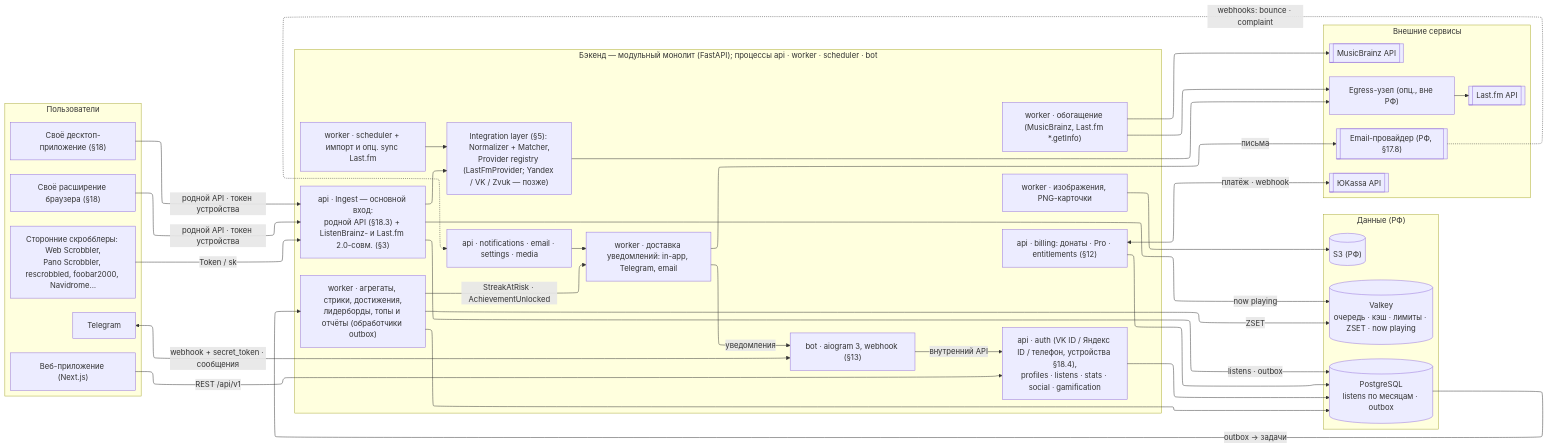
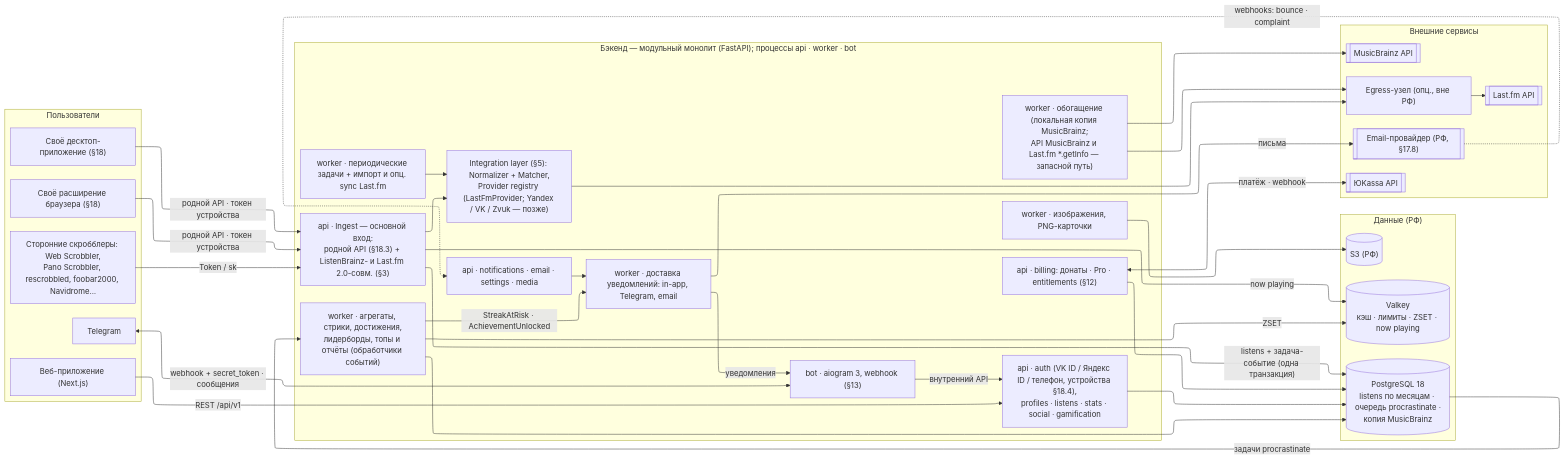
The first of 7 diagrams in docs/architecture.md (fighxy/scrobb), drawn with Mermaid before and after one commit. The commit also changed other lines of this file and 4 other files, not shown here.

First line of the commit message:
docs: ревью проекта; стек — Python 3.14, PostgreSQL 18, procrastinate

````diff
--- a/docs/architecture.md
+++ b/docs/architecture.md
@@ -35,69 +35,69 @@
 ```mermaid
 ---
 config:
   layout: elk
 ---
 flowchart LR
   subgraph USERS["Пользователи"]
     OWNEXT["Своё расширение браузера (§18)"]
     OWNDESK["Своё десктоп-приложение (§18)"]
     PUSH["Сторонние скробблеры: Web Scrobbler,<br/>Pano Scrobbler, rescrobbled, foobar2000, Navidrome…"]
     WEB["Веб-приложение (Next.js)"]
     TGU["Telegram"]
   end
 
-  subgraph BE["Бэкенд — модульный монолит (FastAPI); процессы api · worker · scheduler · bot"]
+  subgraph BE["Бэкенд — модульный монолит (FastAPI); процессы api · worker · bot"]
     ING["api · Ingest — основной вход:<br/>родной API (§18.3) + ListenBrainz- и Last.fm 2.0-совм. (§3)"]
     CORE["api · auth (VK ID / Яндекс ID / телефон, устройства §18.4),<br/>profiles · listens · stats · social · gamification"]
     BILL["api · billing: донаты · Pro · entitlements (§12)"]
     NOTIF["api · notifications · email · settings · media"]
     BOT["bot · aiogram 3, webhook (§13)"]
     INT["Integration layer (§5): Normalizer + Matcher,<br/>Provider registry (LastFmProvider; Yandex / VK / Zvuk — позже)"]
-    SYNC["worker · scheduler + импорт и опц. sync Last.fm"]
-    ENR["worker · обогащение (MusicBrainz, Last.fm *.getInfo)"]
-    AGG["worker · агрегаты, стрики, достижения,<br/>лидерборды, топы и отчёты (обработчики outbox)"]
+    SYNC["worker · периодические задачи + импорт и опц. sync Last.fm"]
+    ENR["worker · обогащение (локальная копия MusicBrainz;<br/>API MusicBrainz и Last.fm *.getInfo — запасной путь)"]
+    AGG["worker · агрегаты, стрики, достижения,<br/>лидерборды, топы и отчёты (обработчики событий)"]
     DLV["worker · доставка уведомлений: in-app, Telegram, email"]
     MED["worker · изображения, PNG-карточки"]
   end
 
   subgraph DATA["Данные (РФ)"]
-    PG[("PostgreSQL<br/>listens по месяцам · outbox")]
-    RD[("Valkey<br/>очередь · кэш · лимиты · ZSET · now playing")]
+    PG[("PostgreSQL 18<br/>listens по месяцам · очередь procrastinate ·<br/>копия MusicBrainz")]
+    RD[("Valkey<br/>кэш · лимиты · ZSET · now playing")]
     S3[("S3 (РФ)")]
   end
 
   subgraph EXTS["Внешние сервисы"]
     EG["Egress-узел (опц., вне РФ)"]
     LASTFM[["Last.fm API"]]
     MB[["MusicBrainz API"]]
     YK[["ЮKassa API"]]
     MAIL[["Email-провайдер (РФ, §17.8)"]]
   end
 
   OWNEXT -- "родной API · токен устройства" --> ING
   OWNDESK -- "родной API · токен устройства" --> ING
   PUSH -- "Token / sk" --> ING
   WEB -- "REST /api/v1" --> CORE
   TGU <-- "webhook + secret_token · сообщения" --> BOT
   BOT -- "внутренний API" --> CORE
   ING --> INT
   SYNC --> INT
-  ING -- "listens · outbox" --> PG
+  ING -- "listens + задача-событие (одна транзакция)" --> PG
   ING -- "now playing" --> RD
   CORE --> PG
-  PG -- "outbox → задачи" --> AGG
+  PG -- "задачи procrastinate" --> AGG
   AGG --> PG
   AGG -- "ZSET" --> RD
   AGG -- "StreakAtRisk · AchievementUnlocked" --> DLV
   NOTIF --> DLV
   DLV -- "уведомления" --> BOT
   DLV -- "письма" --> MAIL
   MAIL -. "webhooks: bounce · complaint" .-> NOTIF
   INT --> EG
   ENR --> EG
   ENR --> MB
   EG --> LASTFM
   MED --> S3
   BILL <-- "платёж · webhook" --> YK
   BILL --> PG
 ```
````
